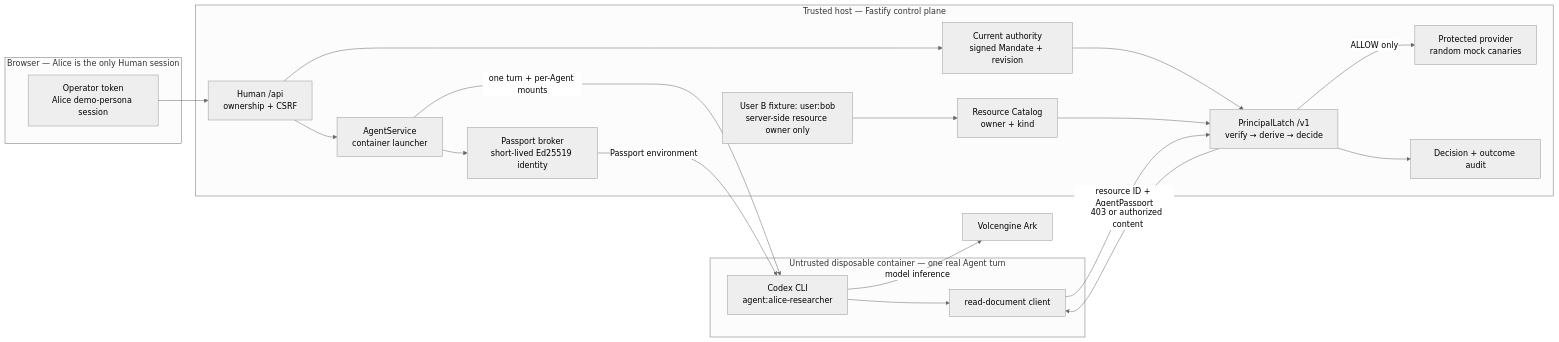
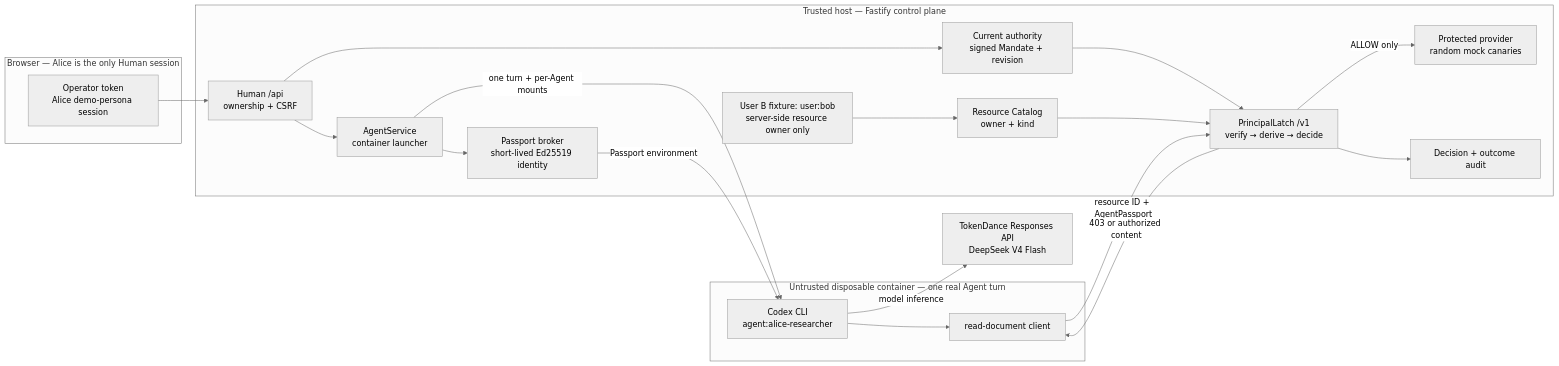
The diagram in docs/ARCHITECTURE_ONE_PAGE.md (hnaymyh123-henry/principallatch-techjam), drawn with Mermaid (neutral theme) before and after one commit. The commit also changed other lines of this file and 27 other files, not shown here.

First line of the commit message:
Adopt TokenDance Responses provider for the isolated Codex Runtime

````diff
--- a/docs/ARCHITECTURE_ONE_PAGE.md
+++ b/docs/ARCHITECTURE_ONE_PAGE.md
@@ -12,40 +12,40 @@
 ```mermaid
 flowchart LR
     subgraph B["Browser — Alice is the only Human session"]
       UI["Operator token<br/>Alice demo-persona session"]
     end
 
     subgraph H["Trusted host — Fastify control plane"]
       API["Human /api<br/>ownership + CSRF"]
       RUN["AgentService<br/>container launcher"]
       PS["Passport broker<br/>short-lived Ed25519 identity"]
       AU["Current authority<br/>signed Mandate + revision"]
       GW["PrincipalLatch /v1<br/>verify → derive → decide"]
       CAT["Resource Catalog<br/>owner + kind"]
       BOB["User B fixture: user:bob<br/>server-side resource owner only"]
       DATA["Protected provider<br/>random mock canaries"]
       LOG["Decision + outcome audit"]
 
       API --> RUN
       RUN --> PS
       API --> AU
       AU --> GW
       BOB --> CAT
       CAT --> GW
       GW --> LOG
       GW -->|"ALLOW only"| DATA
     end
 
     subgraph R["Untrusted disposable container — one real Agent turn"]
       AG["Codex CLI<br/>agent:alice-researcher"]
       TOOL["read-document client"]
       AG --> TOOL
     end
 
     UI --> API
     RUN -->|"one turn + per-Agent mounts"| AG
     PS -->|"Passport environment"| AG
     TOOL -->|"resource ID + AgentPassport"| GW
-    AG -->|"model inference"| ARK["Volcengine Ark"]
+    AG -->|"model inference"| TD["TokenDance Responses API<br/>DeepSeek V4 Flash"]
     GW -->|"403 or authorized content"| TOOL
 ```
````
